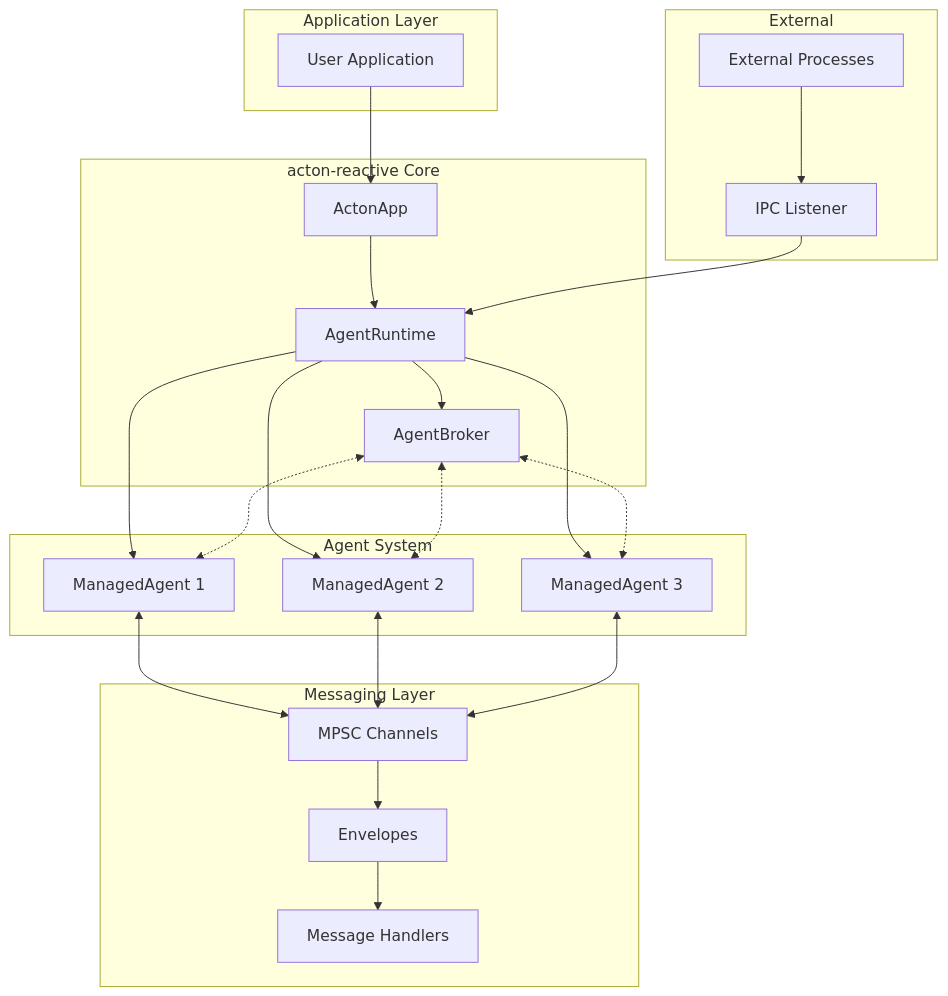
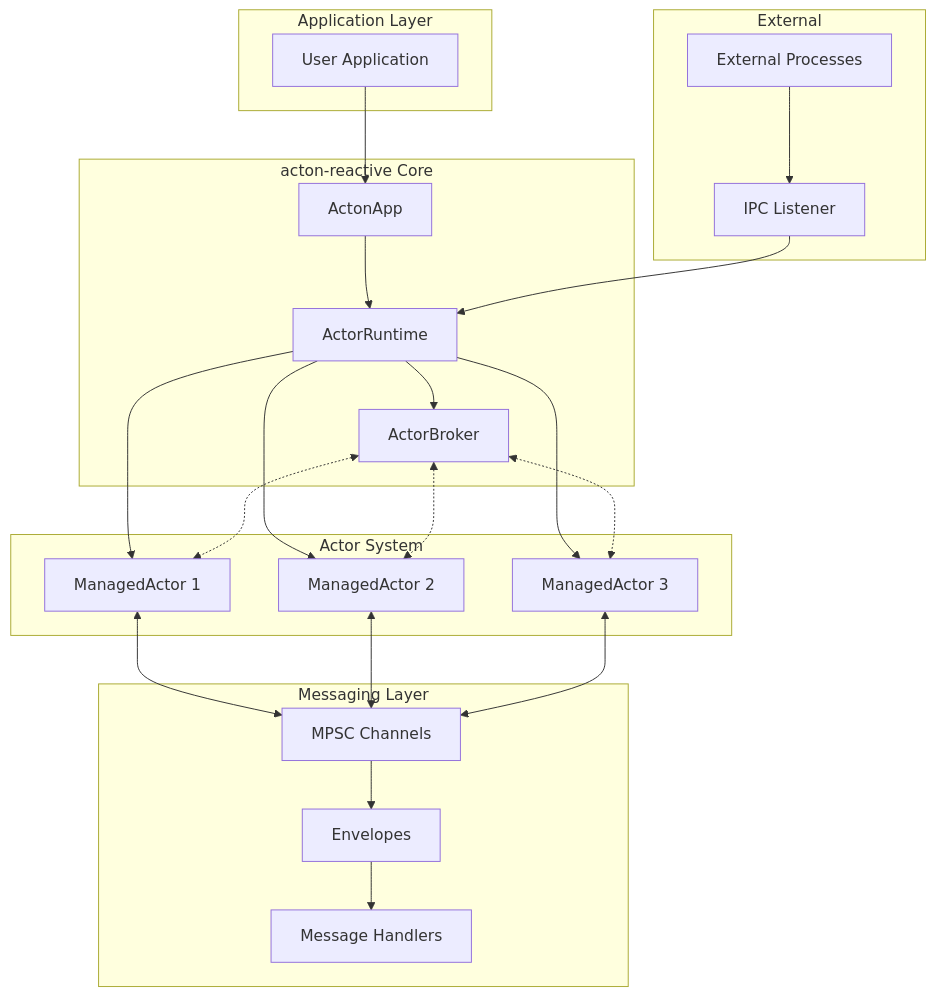
Before and after one commit to Govcraft/acton-reactive: the first of 12 diagrams in acton-docs-site/src/app/docs/architecture/page.md, drawn with Mermaid. The commit also changed other lines of this file and 115 other files, not shown here.

````diff
--- a/acton-docs-site/src/app/docs/architecture/page.md
+++ b/acton-docs-site/src/app/docs/architecture/page.md
@@ -15,50 +54,50 @@
 ```mermaid
 graph TB
     subgraph AppLayer["Application Layer"]
         App["User Application"]
     end
 
     subgraph Core["acton-reactive Core"]
         ActonApp["ActonApp"]
-        Runtime["AgentRuntime"]
-        Broker["AgentBroker"]
+        Runtime["ActorRuntime"]
+        Broker["ActorBroker"]
     end
 
-    subgraph AgentSys["Agent System"]
-        Agent1["ManagedAgent 1"]
-        Agent2["ManagedAgent 2"]
-        Agent3["ManagedAgent 3"]
+    subgraph ActorSys["Actor System"]
+        Actor1["ManagedActor 1"]
+        Actor2["ManagedActor 2"]
+        Actor3["ManagedActor 3"]
     end
 
     subgraph MsgLayer["Messaging Layer"]
         Handlers["Message Handlers"]
         Envelopes["Envelopes"]
         Channels["MPSC Channels"]
     end
 
     subgraph External
         IPC["IPC Listener"]
         ExtProc["External Processes"]
     end
 
     App --> ActonApp
     ActonApp --> Runtime
     Runtime --> Broker
-    Runtime --> Agent1
-    Runtime --> Agent2
-    Runtime --> Agent3
+    Runtime --> Actor1
+    Runtime --> Actor2
+    Runtime --> Actor3
 
-    Agent1 <--> Channels
-    Agent2 <--> Channels
-    Agent3 <--> Channels
+    Actor1 <--> Channels
+    Actor2 <--> Channels
+    Actor3 <--> Channels
 
     Channels --> Envelopes
     Envelopes --> Handlers
 
-    Broker <-.-> Agent1
-    Broker <-.-> Agent2
-    Broker <-.-> Agent3
+    Broker <-.-> Actor1
+    Broker <-.-> Actor2
+    Broker <-.-> Actor3
 
     IPC --> Runtime
     ExtProc --> IPC
 ```
````
